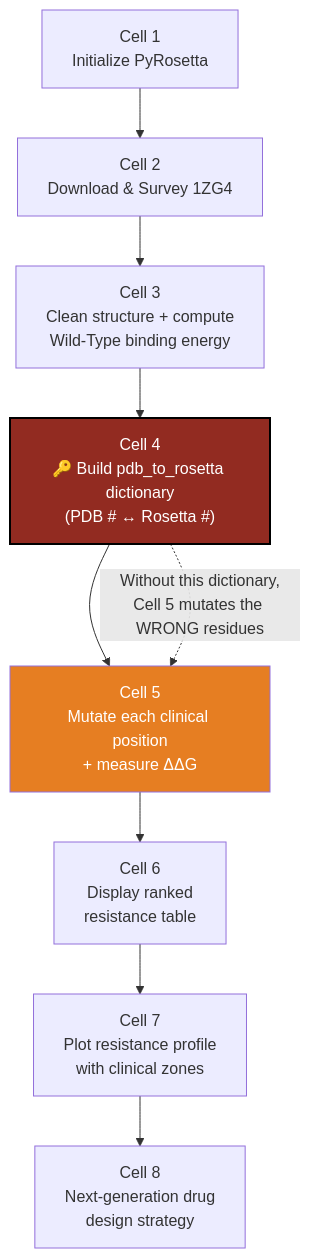
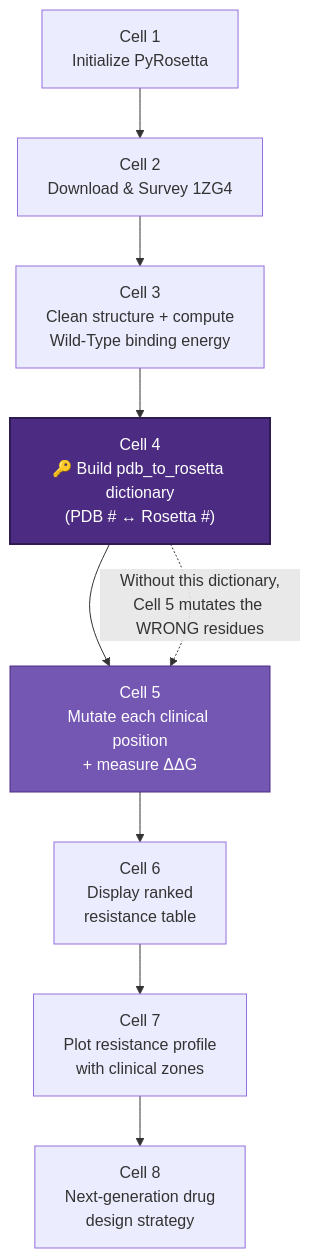
One commit to chensimichelle/chensimichelle.github.io changed the first of 2 diagrams in _projects/Project6AntibioticResistance.md. Above: the diagram before and after it, drawn with Mermaid. The commit also changed other lines of this file, not shown here.

````diff
--- a/_projects/Project6AntibioticResistance.md
+++ b/_projects/Project6AntibioticResistance.md
@@ -31,15 +30,15 @@
-<div class="mermaid">
+```mermaid
 flowchart TD
     A["Cell 1<br/>Initialize PyRosetta"] --> B["Cell 2<br/>Download & Survey 1ZG4"]
     B --> C["Cell 3<br/>Clean structure + compute<br/>Wild-Type binding energy"]
     C --> D["Cell 4<br/>🔑 Build pdb_to_rosetta dictionary<br/>(PDB # ↔ Rosetta #)"]
     D --> E["Cell 5<br/>Mutate each clinical position<br/>+ measure ΔΔG"]
     E --> F["Cell 6<br/>Display ranked<br/>resistance table"]
     F --> G["Cell 7<br/>Plot resistance profile<br/>with clinical zones"]
     G --> H["Cell 8<br/>Next-generation drug<br/>design strategy"]
 
     D -.->|"Without this dictionary,<br/>Cell 5 mutates the WRONG residues"| E
 
-    style D fill:#922b21,color:#fff,stroke:#000,stroke-width:2px
-    style E fill:#e67e22,color:#fff
-</div>
+    style D fill:#4c2c82,color:#fff,stroke:#2e1b52,stroke-width:2px
+    style E fill:#7456b3,color:#fff,stroke:#4c2c82,stroke-width:1px
+```
````
